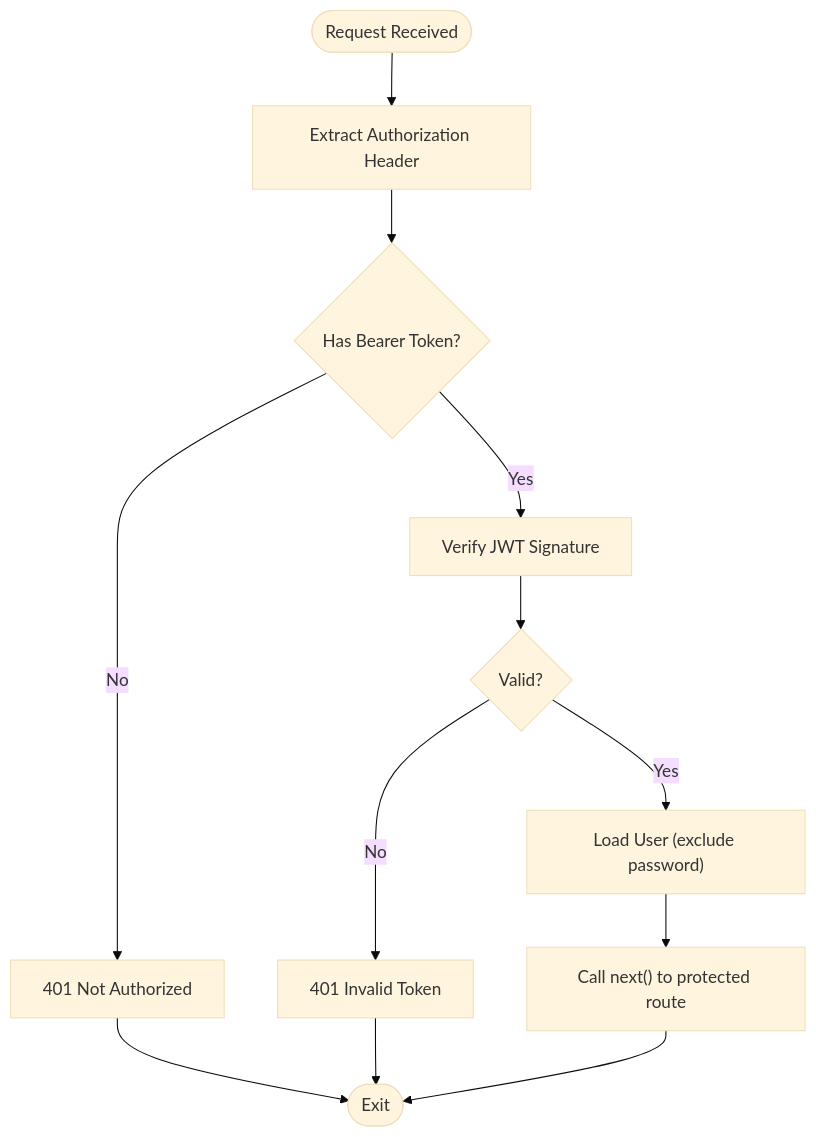
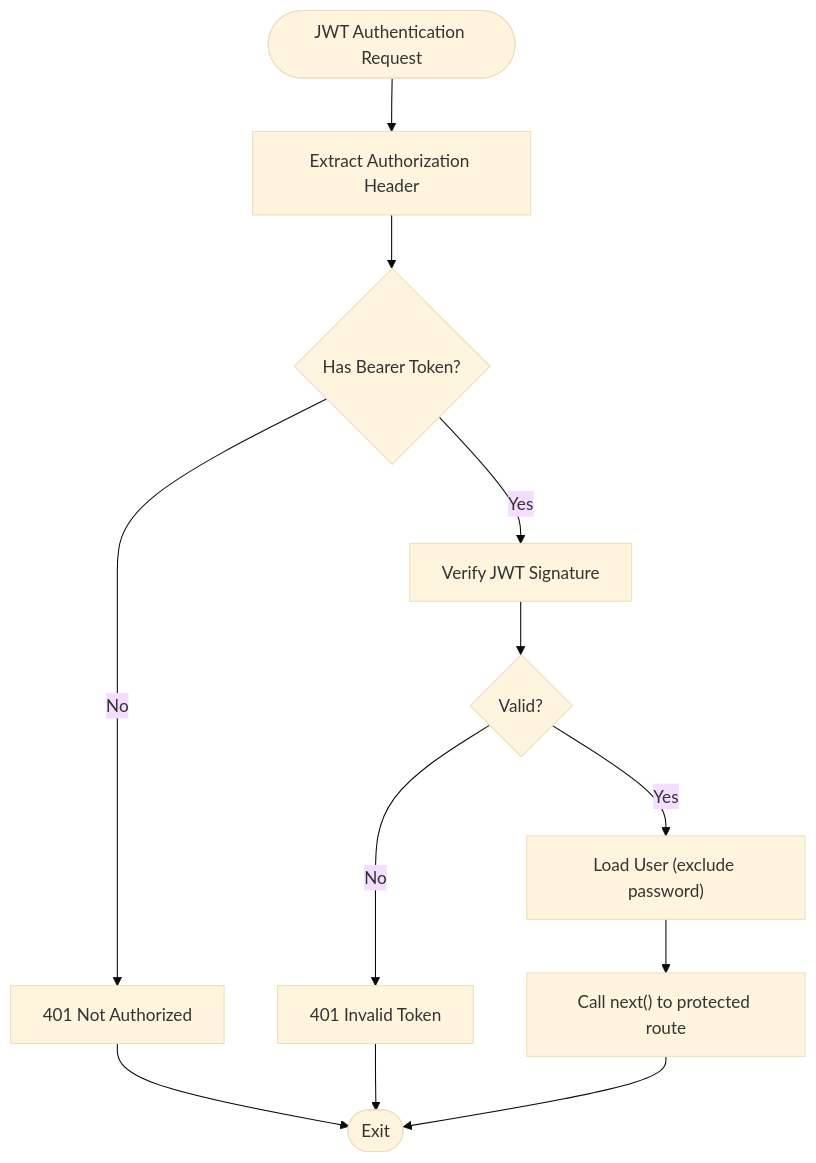
Before and after one commit to Pavan-PSPK9032/TrendsandToss: the third of 7 diagrams in .qoder/repowiki/en/content/Authentication & Authorization/Authentication & Authorization.md, drawn with Mermaid (base theme). The commit also changed other lines of this file and 5 other files, not shown here.

````diff
--- a/.qoder/repowiki/en/content/Authentication & Authorization/Authentication & Authorization.md
+++ b/.qoder/repowiki/en/content/Authentication & Authorization/Authentication & Authorization.md
@@ -173,14 +202,14 @@
 ```mermaid
 flowchart TD
-Start(["Request Received"]) --> CheckAuth["Extract Authorization Header"]
+Start(["JWT Authentication Request"]) --> CheckAuth["Extract Authorization Header"]
 CheckAuth --> HasToken{"Has Bearer Token?"}
 HasToken --> |No| Unauthorized["401 Not Authorized"]
 HasToken --> |Yes| Verify["Verify JWT Signature"]
 Verify --> Valid{"Valid?"}
 Valid --> |No| InvalidToken["401 Invalid Token"]
 Valid --> |Yes| LoadUser["Load User (exclude password)"]
 LoadUser --> Next["Call next() to protected route"]
 Unauthorized --> End(["Exit"])
 InvalidToken --> End
 Next --> End
 ```
````
